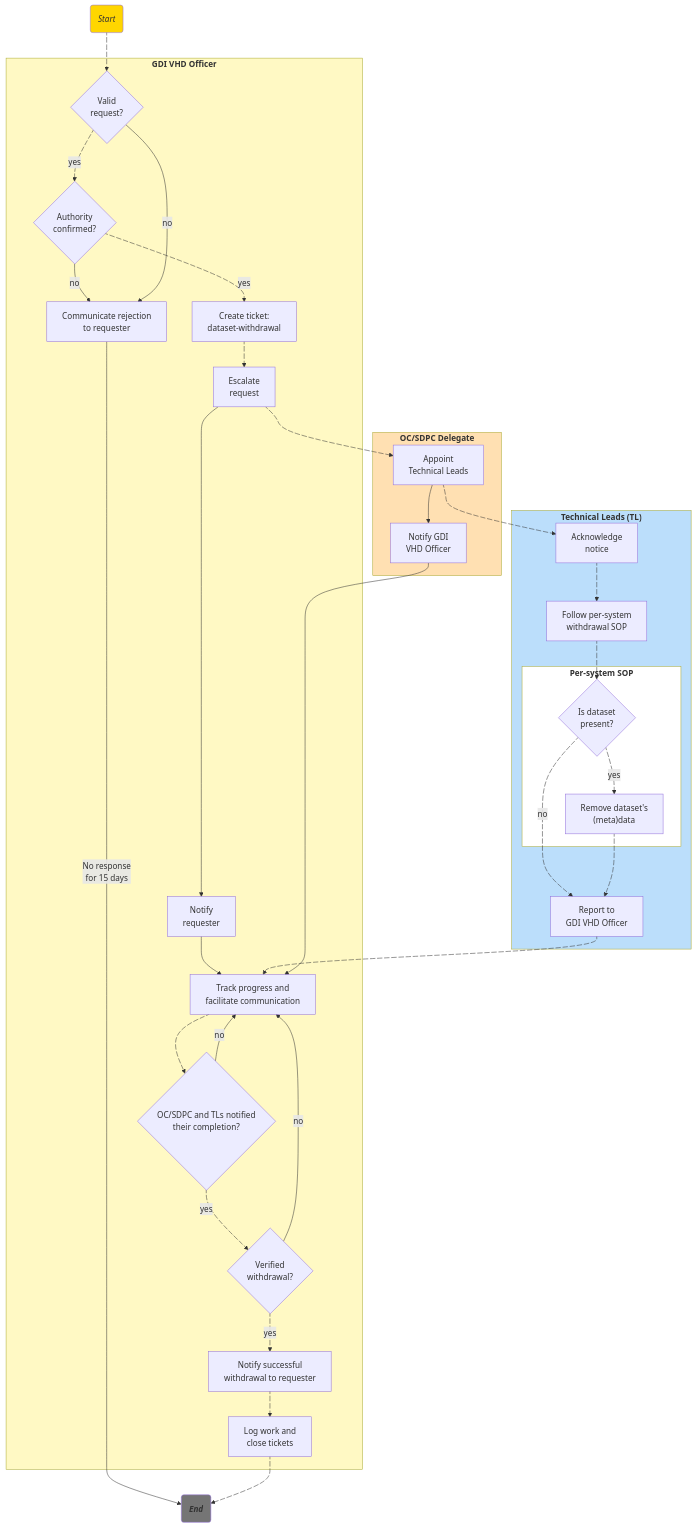
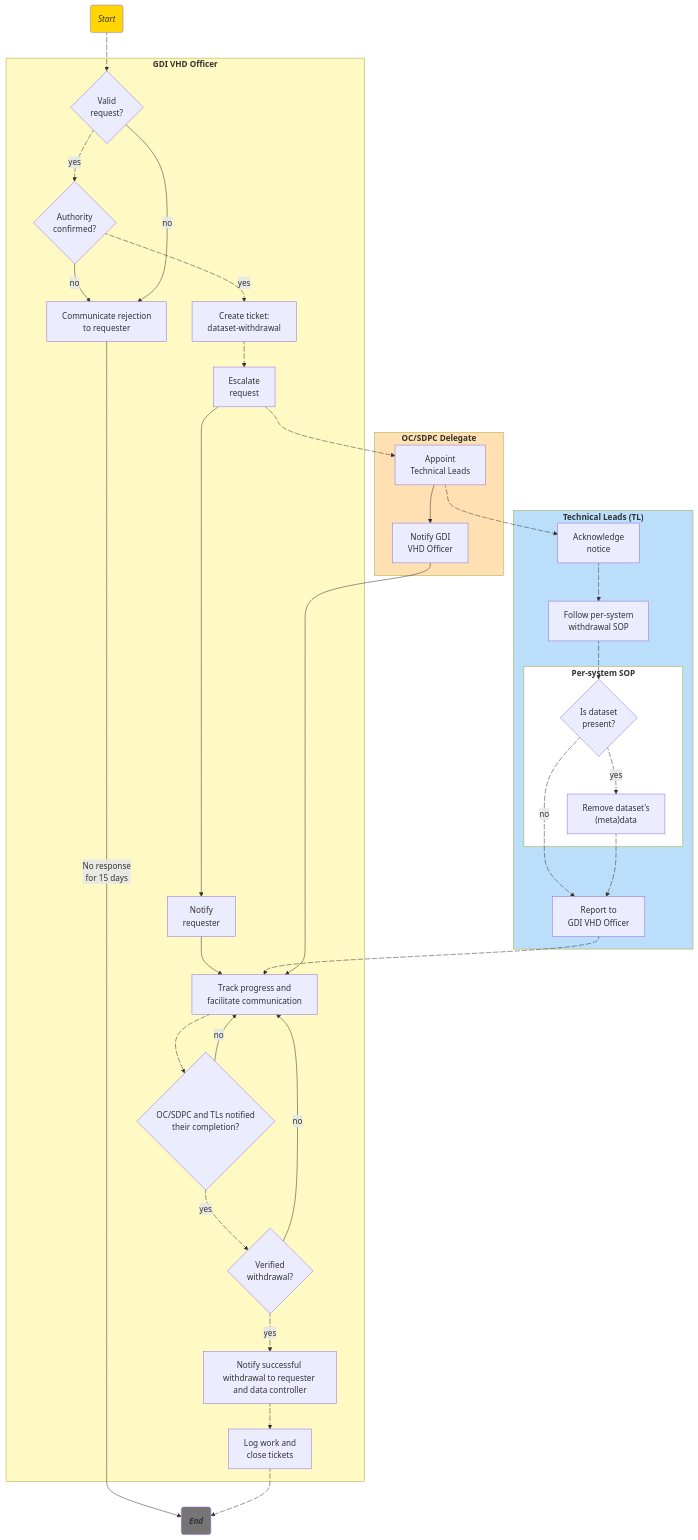
Before and after one commit to M-casado/standard-operating-procedures: the diagram in sops/european-level/GDI-SOP0009_dataset-withdrawal.md, drawn with Mermaid. The commit also changed other lines of this file and 1 other file, not shown here.

```diff
--- a/sops/european-level/GDI-SOP0009_dataset-withdrawal.md
+++ b/sops/european-level/GDI-SOP0009_dataset-withdrawal.md
@@ -112,7 +118,7 @@
         n8["Escalate<br>request"]
         n9["Notify<br>requester"]
         n10["Track progress and<br>facilitate communication"]
-        n18["Notify successful <br>withdrawal to requester"]
+        n18["Notify successful <br>withdrawal to requester and data controller"]
         n19["Log work and <br>close tickets"]
         n21["Verified<br>withdrawal?"]
         n23["OC/SDPC and TLs notified<br>their completion?"]
```
